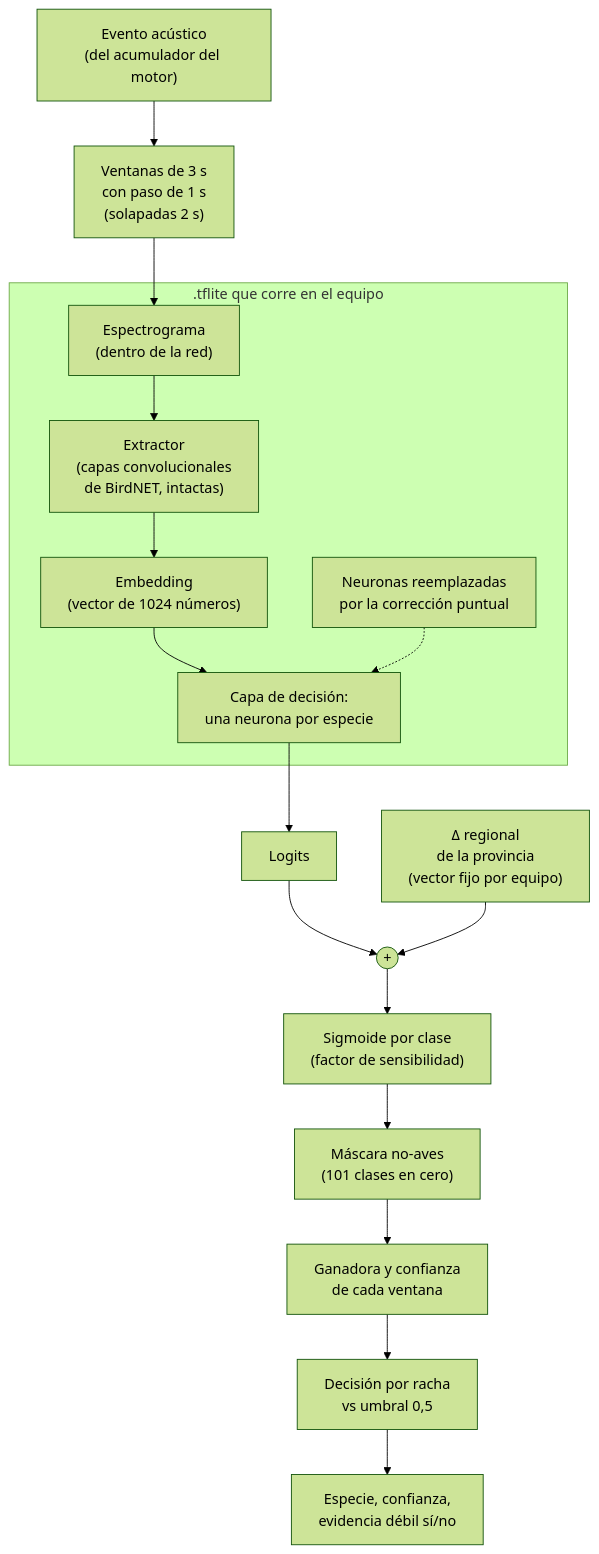
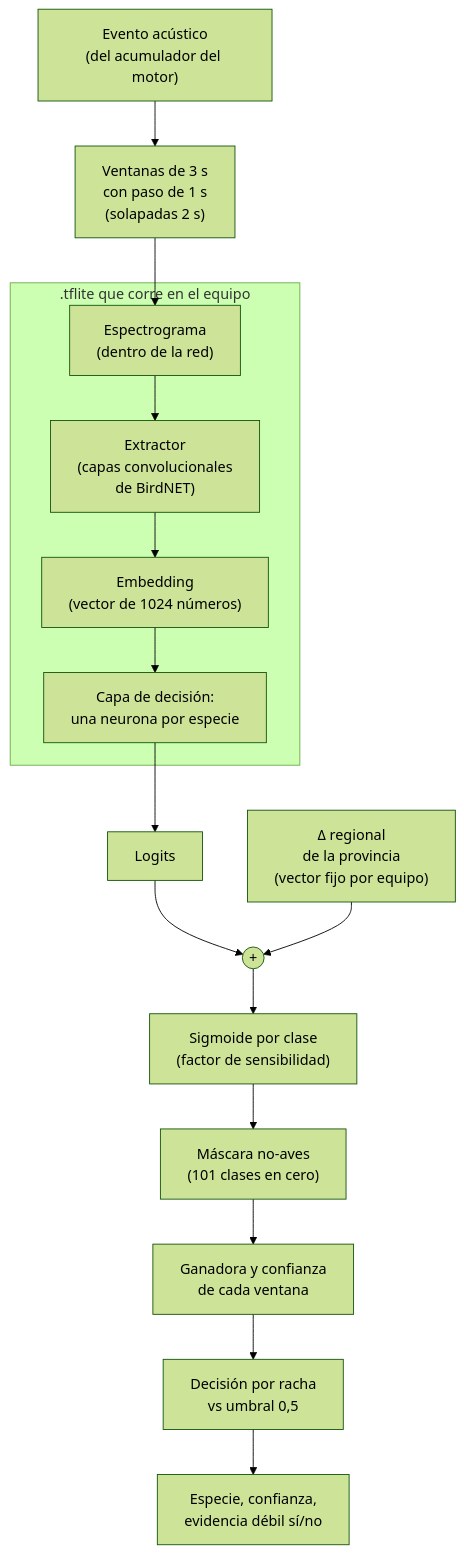
One commit to LSDArroyoGold/LSD-Tector-2-Software changed the diagram in 4_red/README.md. Above: the diagram before and after it, drawn with Mermaid (forest theme). The commit also changed other lines of this file and 10 other files, not shown here.

Commit message:
Saca la corrección puntual, alertas al laboratorio, salud del supervisor y el límite de cantos graves

````diff
--- a/4_red/README.md
+++ b/4_red/README.md
@@ -24,24 +21,22 @@
 ```mermaid
 flowchart TD
     EV["Evento acústico<br/>(del acumulador del motor)"] --> W["Ventanas de 3 s<br/>con paso de 1 s<br/>(solapadas 2 s)"]
     W --> SP["Espectrograma<br/>(dentro de la red)"]
-    SP --> EX["Extractor<br/>(capas convolucionales<br/>de BirdNET, intactas)"]
+    SP --> EX["Extractor<br/>(capas convolucionales<br/>de BirdNET)"]
     EX --> EMB["Embedding<br/>(vector de 1024 números)"]
     EMB --> NEU["Capa de decisión:<br/>una neurona por especie"]
     NEU --> LOG["Logits"]
     subgraph RED[".tflite que corre en el equipo"]
         SP
         EX
         EMB
         NEU
-        CP["Neuronas reemplazadas<br/>por la corrección puntual"]
     end
-    CP -.-> NEU
     LOG --> SUM(("+"))
     DELTA["Δ regional<br/>de la provincia<br/>(vector fijo por equipo)"] --> SUM
     SUM --> SIG["Sigmoide por clase<br/>(factor de sensibilidad)"]
     SIG --> MASK["Máscara no-aves<br/>(101 clases en cero)"]
     MASK --> TOP["Ganadora y confianza<br/>de cada ventana"]
     TOP --> RACHA["Decisión por racha<br/>vs umbral 0,5"]
     RACHA --> OUT["Especie, confianza,<br/>evidencia débil sí/no"]
 ```
````
